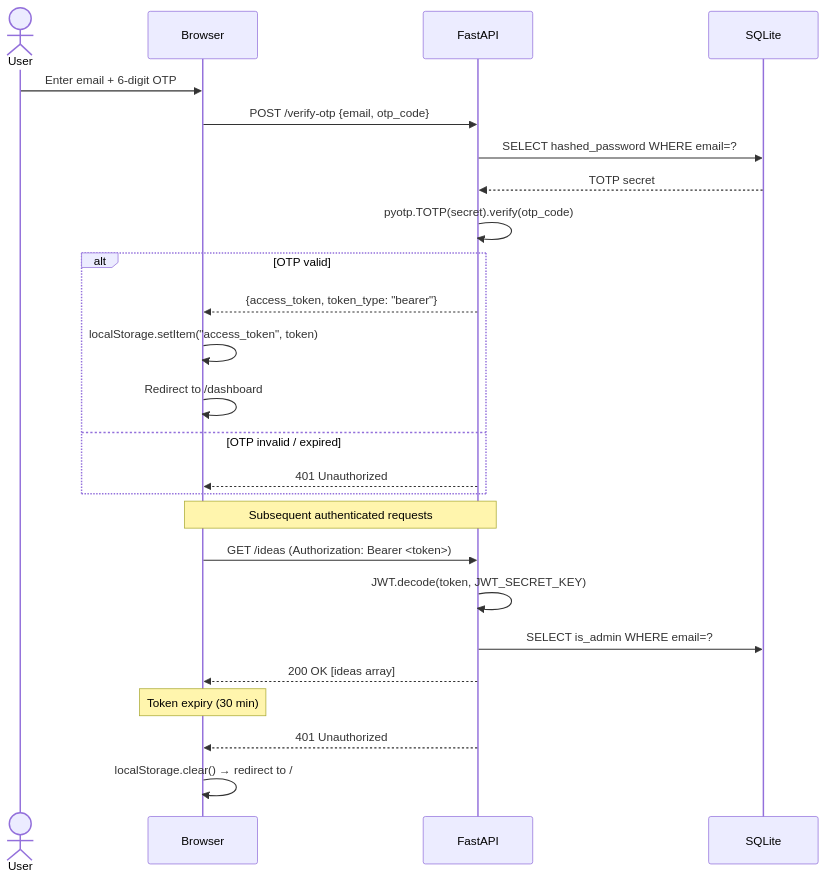
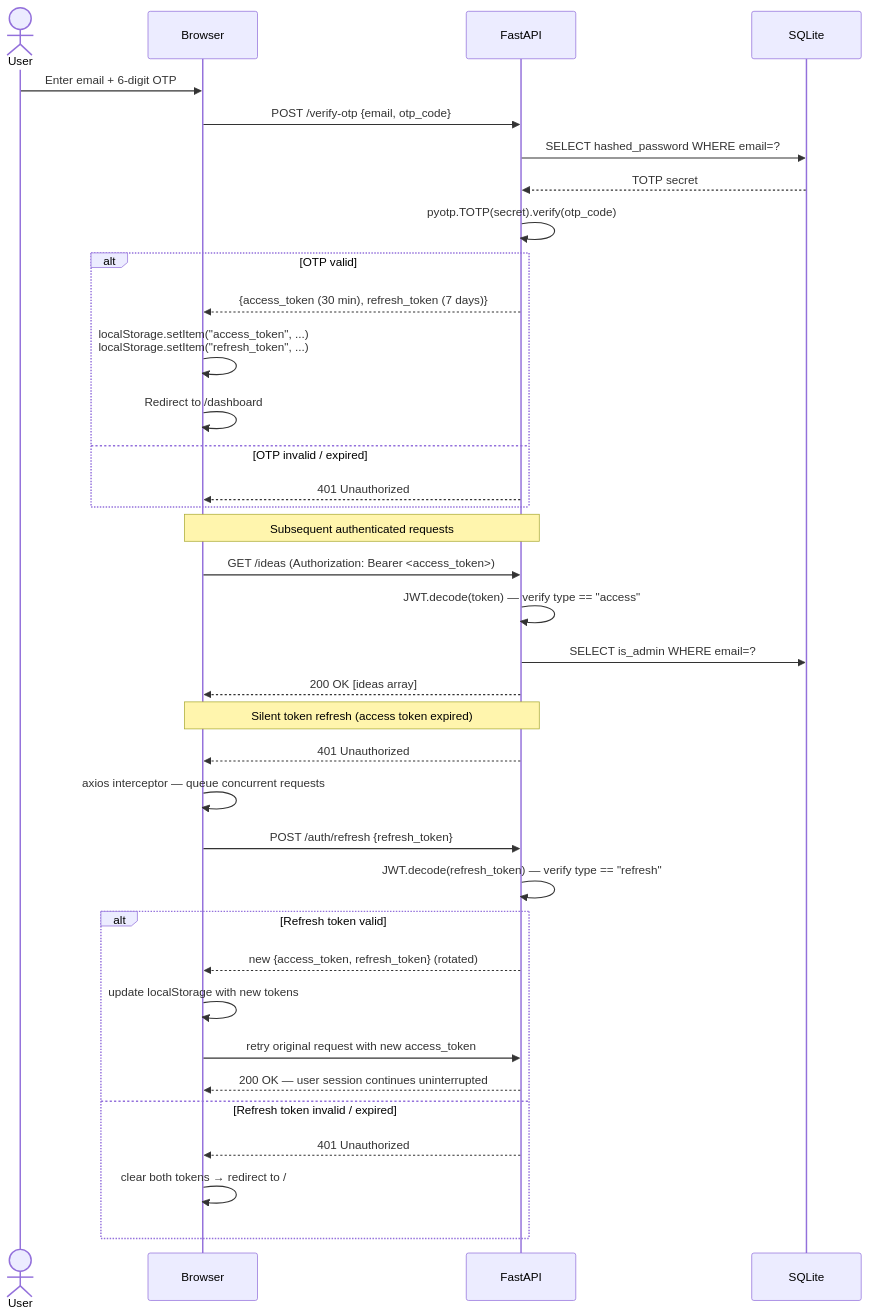
One commit to pseroul/brainiac5 changed the sixth of 7 diagrams in docs/architecture.md. Above: the diagram before and after it, drawn with Mermaid. The commit also changed other lines of this file and 2 other files, not shown here.

Commit message:
docs: update documentation for refresh token session persistence
- CLAUDE.md: expand Auth Flow with dual-token description, interceptor
  queue logic, and 7-day TOTP re-auth cadence; update api.js and
  AuthContext descriptions; add POST /auth/refresh to API Structure
- docs/api-reference.md: update POST /verify-otp response to include
  refresh_token; add new POST /auth/refresh endpoint with full contract
  (rotation semantics, 401/422 responses)
- docs/architecture.md: rewrite Authentication Flow sequence diagram to
  show silent refresh cycle; add JWT claims comparison table with type
  claim; update api.js component description

https://claude.ai/code/session_01XcrHg9BZGgYB7c8e7JhiJM

````diff
--- a/docs/architecture.md
+++ b/docs/architecture.md
@@ -198,30 +198,41 @@
 ```mermaid
 sequenceDiagram
     actor User
     participant Browser
     participant FastAPI
     participant SQLite
 
     User->>Browser: Enter email + 6-digit OTP
     Browser->>FastAPI: POST /verify-otp {email, otp_code}
     FastAPI->>SQLite: SELECT hashed_password WHERE email=?
     SQLite-->>FastAPI: TOTP secret
     FastAPI->>FastAPI: pyotp.TOTP(secret).verify(otp_code)
     alt OTP valid
-        FastAPI-->>Browser: {access_token, token_type: "bearer"}
-        Browser->>Browser: localStorage.setItem("access_token", token)
+        FastAPI-->>Browser: {access_token (30 min), refresh_token (7 days)}
+        Browser->>Browser: localStorage.setItem("access_token", ...)<br/>localStorage.setItem("refresh_token", ...)
         Browser->>Browser: Redirect to /dashboard
     else OTP invalid / expired
         FastAPI-->>Browser: 401 Unauthorized
     end
 
     Note over Browser,FastAPI: Subsequent authenticated requests
-    Browser->>FastAPI: GET /ideas (Authorization: Bearer <token>)
-    FastAPI->>FastAPI: JWT.decode(token, JWT_SECRET_KEY)
+    Browser->>FastAPI: GET /ideas (Authorization: Bearer <access_token>)
+    FastAPI->>FastAPI: JWT.decode(token) — verify type == "access"
     FastAPI->>SQLite: SELECT is_admin WHERE email=?
     FastAPI-->>Browser: 200 OK [ideas array]
 
-    Note over Browser: Token expiry (30 min)
+    Note over Browser,FastAPI: Silent token refresh (access token expired)
     FastAPI-->>Browser: 401 Unauthorized
-    Browser->>Browser: localStorage.clear() → redirect to /
+    Browser->>Browser: axios interceptor — queue concurrent requests
+    Browser->>FastAPI: POST /auth/refresh {refresh_token}
+    FastAPI->>FastAPI: JWT.decode(refresh_token) — verify type == "refresh"
+    alt Refresh token valid
+        FastAPI-->>Browser: new {access_token, refresh_token} (rotated)
+        Browser->>Browser: update localStorage with new tokens
+        Browser->>FastAPI: retry original request with new access_token
+        FastAPI-->>Browser: 200 OK — user session continues uninterrupted
+    else Refresh token invalid / expired
+        FastAPI-->>Browser: 401 Unauthorized
+        Browser->>Browser: clear both tokens → redirect to /
+    end
 ```
````
